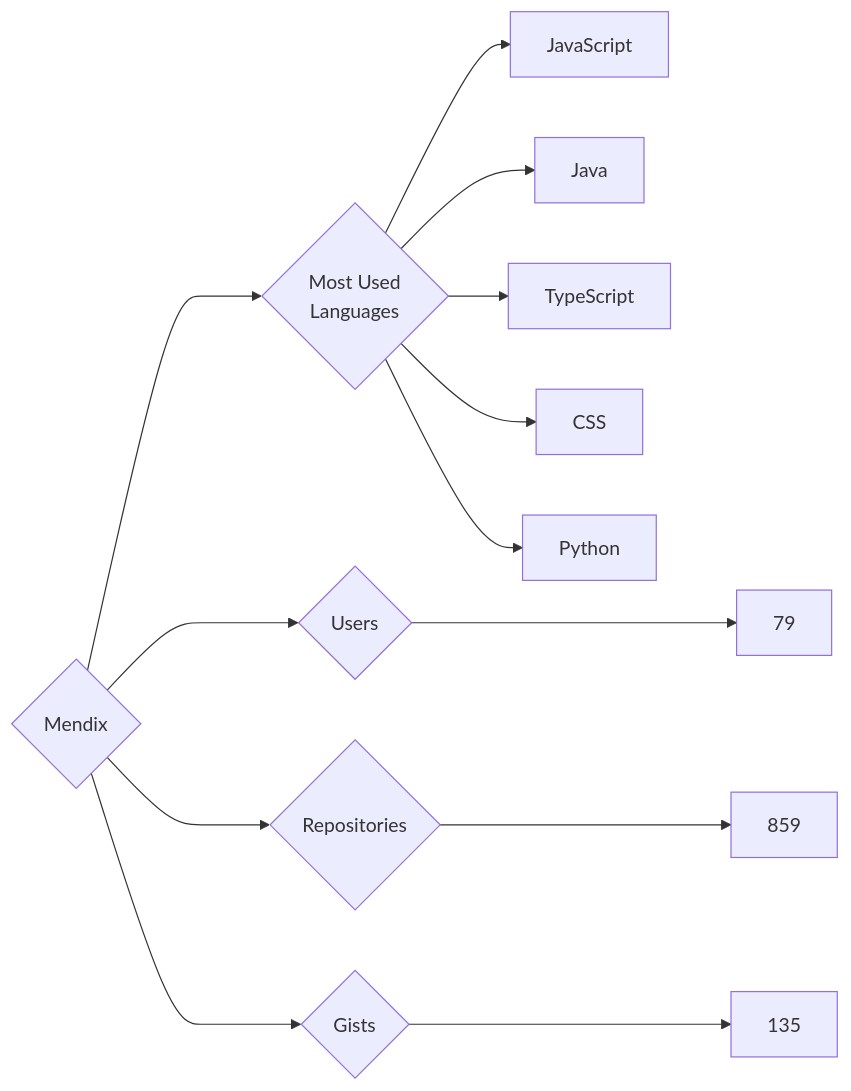
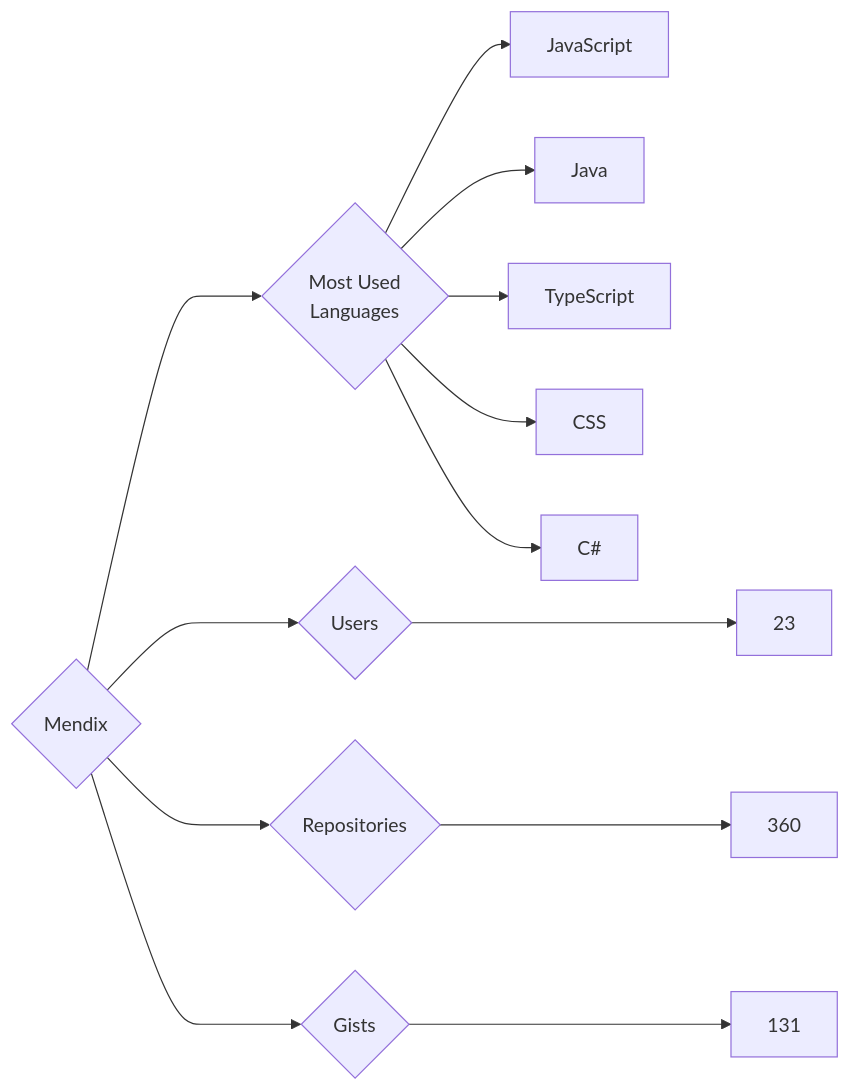
One commit to trickest/insiders changed the diagram in targets/Mendix/README.md. Above: the diagram before and after it, drawn with Mermaid. The commit also changed 829 other files, not shown here.

````diff
--- a/targets/Mendix/README.md
+++ b/targets/Mendix/README.md
@@ -3,13 +3,13 @@
 ```mermaid
 graph LR
 COMPANY_NAME{Mendix}
-COMPANY_NAME ---> U{Users} ---> UN[79]
-COMPANY_NAME ---> R{Repositories} ---> RN[859]
-COMPANY_NAME ---> G{Gists} ---> GN[135]
+COMPANY_NAME ---> U{Users} ---> UN[23]
+COMPANY_NAME ---> R{Repositories} ---> RN[360]
+COMPANY_NAME ---> G{Gists} ---> GN[131]
 COMPANY_NAME ---> ML{Most Used<br>Languages}
 ML --> JavaScript[JavaScript]
 ML --> Java[Java]
 ML --> TypeScript[TypeScript]
 ML --> CSS[CSS]
-ML --> Python[Python]
+ML --> C#[C#]
 ```
````
